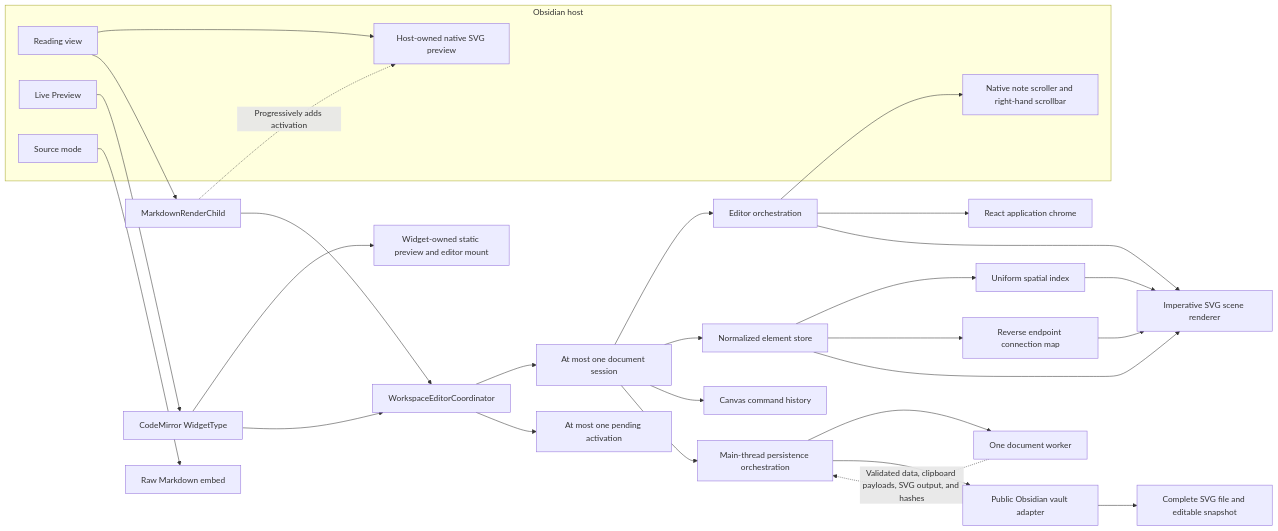
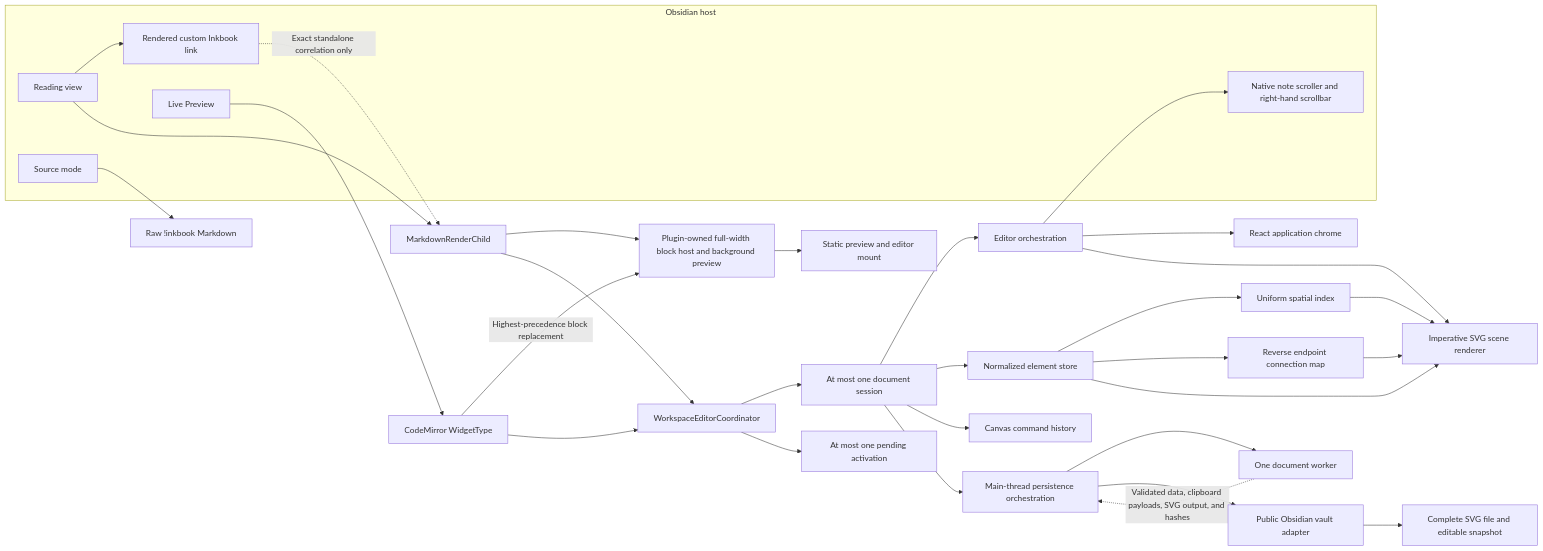
The first of 8 diagrams in docs/architecture-flows.md (boommasterxd/inkbook), drawn with Mermaid before and after one commit. The commit also changed other lines of this file and 234 other files, not shown here.

````diff
--- a/docs/architecture-flows.md
+++ b/docs/architecture-flows.md
@@ -7,41 +7,43 @@
 ```mermaid
 flowchart LR
   subgraph host["Obsidian host"]
     reading["Reading view"]
-    readingPreview["Host-owned native SVG preview"]
+    readingSource["Rendered custom Inkbook link"]
     live["Live Preview"]
     source["Source mode"]
     noteScroller["Native note scroller and right-hand scrollbar"]
   end
 
-  reading --> readingPreview
+  reading --> readingSource
   reading --> readingChild["MarkdownRenderChild"]
   live --> liveWidget["CodeMirror WidgetType"]
-  source --> rawMarkdown["Raw Markdown embed"]
+  source --> rawMarkdown["Raw !inkbook Markdown"]
 
-  readingChild -. "Progressively adds activation" .-> readingPreview
-  liveWidget --> widgetPreview["Widget-owned static preview and editor mount"]
+  readingSource -. "Exact standalone correlation only" .-> readingChild
+  readingChild --> ownedPreview["Plugin-owned full-width block host and background preview"]
+  liveWidget -->|"Highest-precedence block replacement"| ownedPreview
+  ownedPreview --> widgetPreview["Static preview and editor mount"]
   readingChild --> coordinator["WorkspaceEditorCoordinator"]
   liveWidget --> coordinator
 
   coordinator --> session["At most one document session"]
   coordinator --> pending["At most one pending activation"]
   session --> editor["Editor orchestration"]
   session --> store["Normalized element store"]
   session --> history["Canvas command history"]
   store --> index["Uniform spatial index"]
   store --> connections["Reverse endpoint connection map"]
 
   editor --> chrome["React application chrome"]
   editor --> scene["Imperative SVG scene renderer"]
   store --> scene
   index --> scene
   connections --> scene
 
   session --> persistence["Main-thread persistence orchestration"]
   persistence --> worker["One document worker"]
   worker -. "Validated data, clipboard payloads, SVG output, and hashes" .-> persistence
   persistence --> vaultAdapter["Public Obsidian vault adapter"]
   vaultAdapter --> svgFile["Complete SVG file and editable snapshot"]
   editor --> noteScroller
 ```
````
